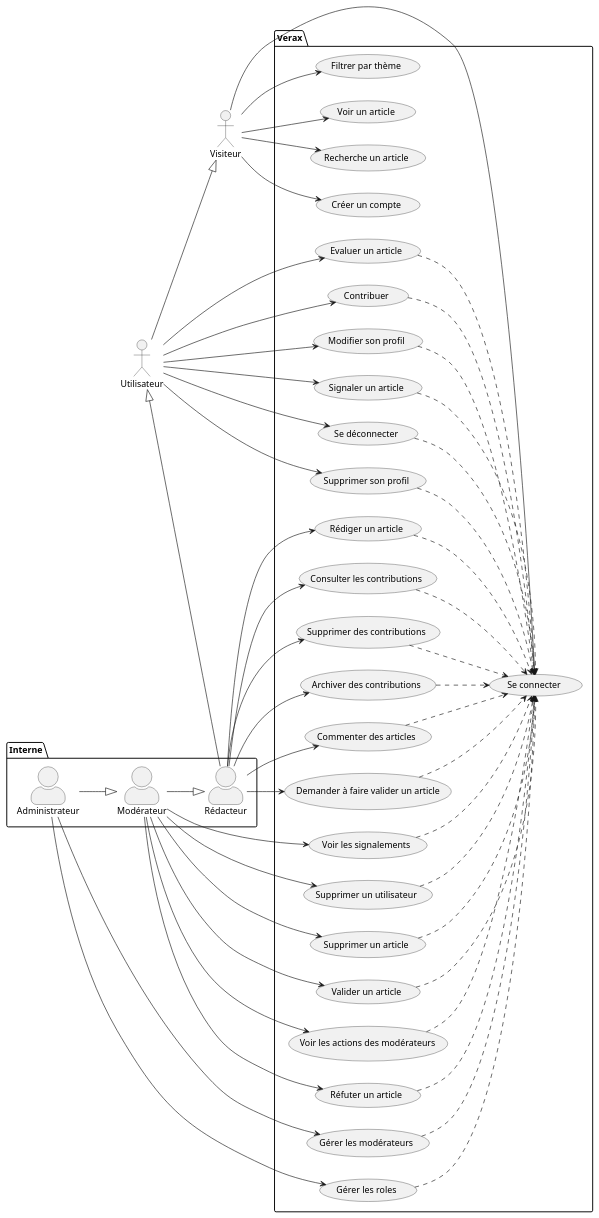
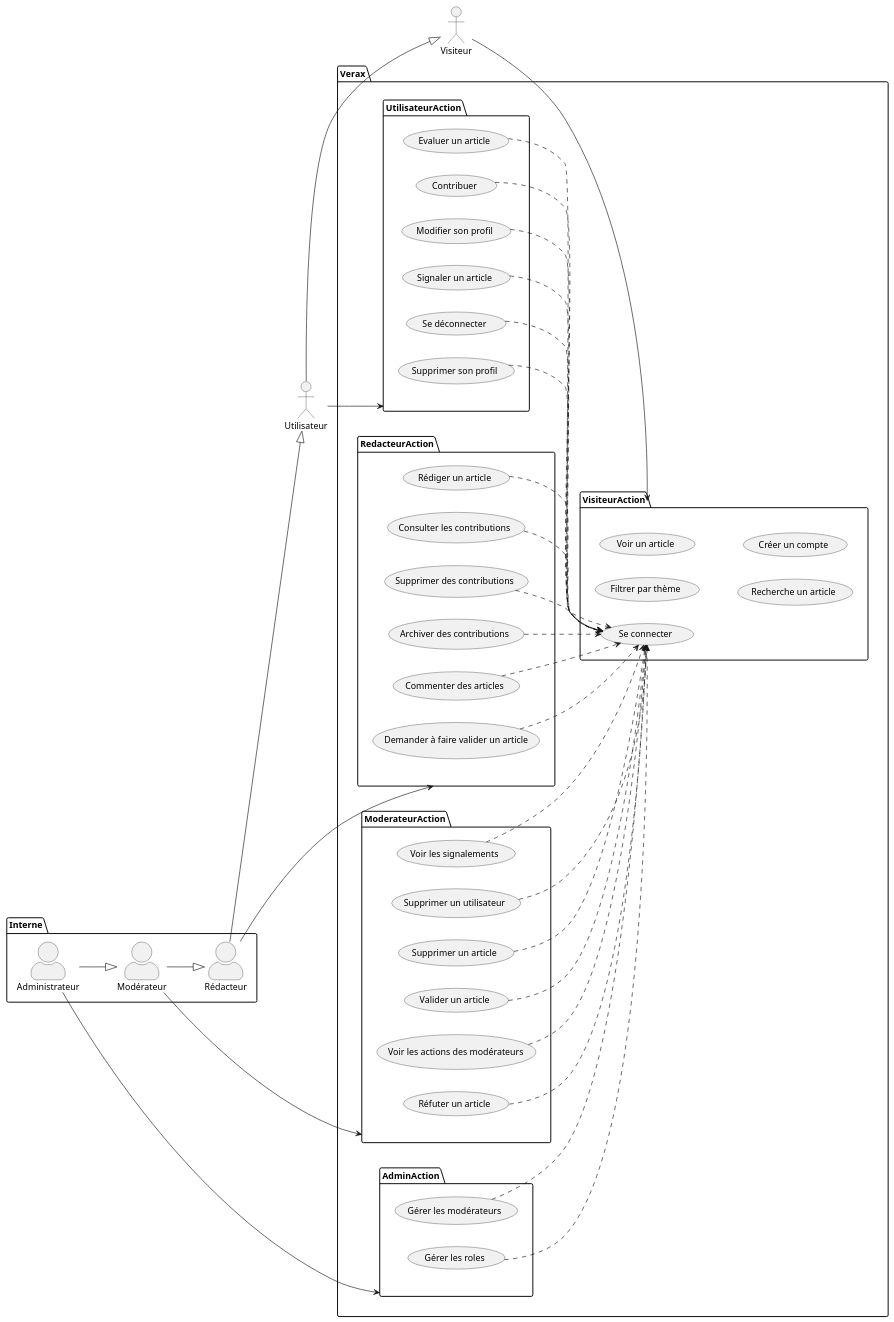
The diagram in Diagramme/casUtil2.md (tonyfgs/Verax), drawn with PlantUML before and after one commit. The commit also changed 2 other files, not shown here.

Commit message:
modification des diagrammes, diagramme de classe bien avancé (presque fini)

```diff
--- a/Diagramme/casUtil2.md
+++ b/Diagramme/casUtil2.md
@@ -13,36 +13,45 @@
 }
 
 package Verax {
-    usecase "Filtrer par thème" as UC1
-    usecase "Voir un article" as UC2
-    usecase "Recherche un article" as UC3
-    usecase "Créer un compte" as UC4
-    
-    usecase "Se connecter" as UC5
+    package VisiteurAction{
+        usecase "Filtrer par thème" as UC1
+        usecase "Voir un article" as UC2
+        usecase "Recherche un article" as UC3
+        usecase "Créer un compte" as UC4
+        usecase "Se connecter" as UC5
+    }
 
-    usecase "Evaluer un article" as UC6
-    usecase "Contribuer" as UC7
-    usecase "Modifier son profil" as UC8
-    usecase "Signaler un article" as UC9
-    usecase "Se déconnecter" as UC24
-    usecase "Supprimer son profil" as UC25 
+    package UtilisateurAction{
+        usecase "Evaluer un article" as UC6
+        usecase "Contribuer" as UC7
+        usecase "Modifier son profil" as UC8
+        usecase "Signaler un article" as UC9
+        usecase "Se déconnecter" as UC24
+        usecase "Supprimer son profil" as UC25 
+    }
 
-    usecase "Rédiger un article" as UC11
-    usecase "Consulter les contributions" as UC12
-    usecase "Supprimer des contributions" as UC27
-    usecase "Archiver des contributions" as UC26
-    usecase "Commenter des articles" as UC15
-    usecase "Demander à faire valider un article" as UC14
+    package RedacteurAction{
+        usecase "Rédiger un article" as UC11
+        usecase "Consulter les contributions" as UC12
+        usecase "Supprimer des contributions" as UC27
+        usecase "Archiver des contributions" as UC26
+        usecase "Commenter des articles" as UC15
+        usecase "Demander à faire valider un article" as UC14
+    }
 
-    usecase "Voir les signalements" as UC16
-    usecase "Supprimer un utilisateur" as UC17
-    usecase "Supprimer un article" as UC18
-    usecase "Valider un article" as UC13
-    usecase "Voir les actions des modérateurs" as UC19
-    usecase "Réfuter un article" as UC20
+    package ModerateurAction{
+        usecase "Voir les signalements" as UC16
+        usecase "Supprimer un utilisateur" as UC17
+        usecase "Supprimer un article" as UC18
+        usecase "Valider un article" as UC13
+        usecase "Voir les actions des modérateurs" as UC19
+        usecase "Réfuter un article" as UC20
+    }
 
-    usecase "Gérer les modérateurs" as UC22
-    usecase "Gérer les roles" as UC23
+    package AdminAction{
+        usecase "Gérer les modérateurs" as UC22
+        usecase "Gérer les roles" as UC23
+    }
 }
 
 u --|> v
@@ -50,35 +59,15 @@
 m --|> r
 a --|> m
 
-v --> UC1
-v --> UC2
-v --> UC3
-v --> UC4
-v --> UC5
+v --> VisiteurAction
 
-u --> UC6
-u --> UC7
-u --> UC8
-u --> UC9
-u --> UC24
-u --> UC25
+u --> UtilisateurAction
 
-r --> UC11
-r --> UC12
-r --> UC14
-r --> UC15
-r --> UC27
-r --> UC26
+r --> RedacteurAction
 
-m --> UC13
-m --> UC16
-m --> UC17
-m --> UC18
-m --> UC19
-m --> UC20
+m --> ModerateurAction
 
-a --> UC22
-a --> UC23
+a --> AdminAction
 
 UC6 ..> UC5
 UC7 ..> UC5
```
